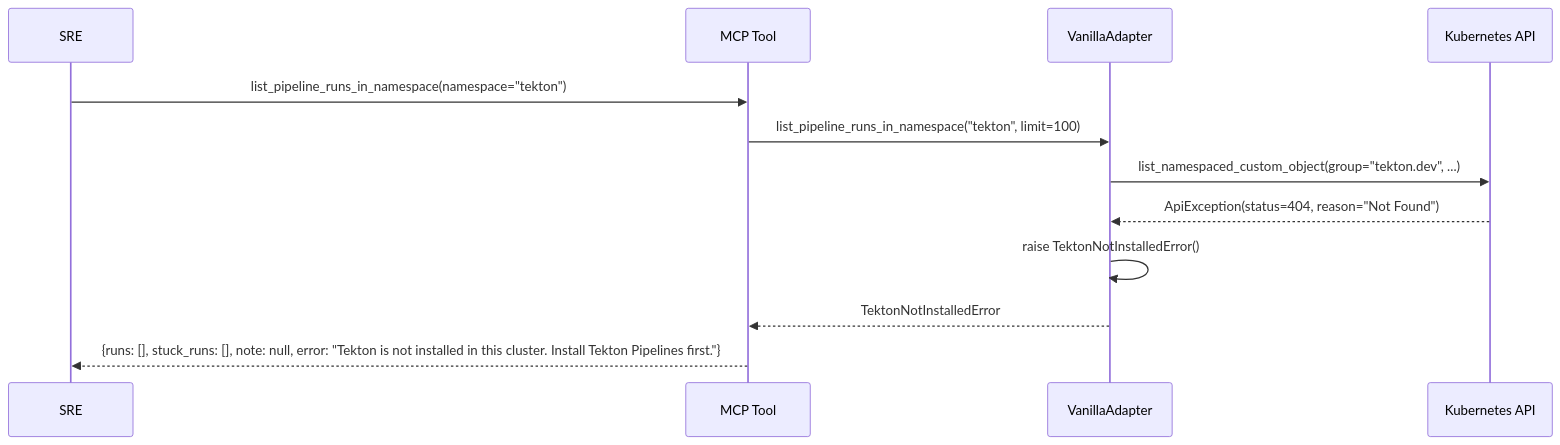
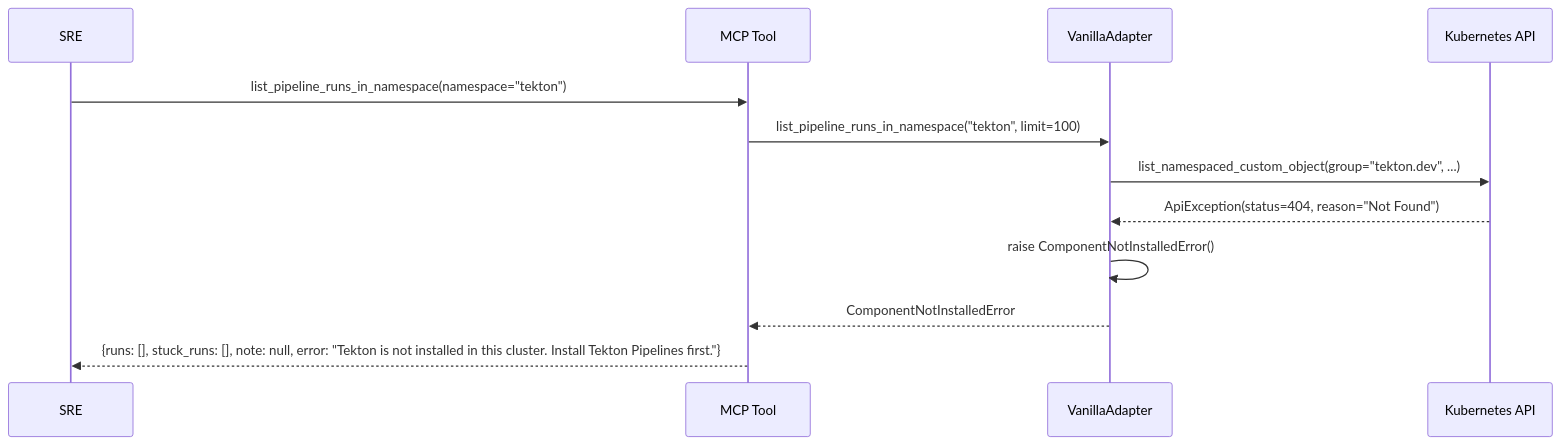
The fifth of 5 diagrams in docs/use-cases/12-list-pipeline-runs-in-namespace.md (hexa-tools/hexawyn), drawn with Mermaid before and after one commit. The commit also changed other lines of this file and 12 other files, not shown here.

````diff
--- a/docs/use-cases/12-list-pipeline-runs-in-namespace.md
+++ b/docs/use-cases/12-list-pipeline-runs-in-namespace.md
@@ -108,15 +108,15 @@
 ```mermaid
 sequenceDiagram
     participant SRE
     participant MCP as MCP Tool
     participant VanillaAdapter
     participant K8sAPI as Kubernetes API
 
     SRE->>MCP: list_pipeline_runs_in_namespace(namespace="tekton")
     MCP->>VanillaAdapter: list_pipeline_runs_in_namespace("tekton", limit=100)
     VanillaAdapter->>K8sAPI: list_namespaced_custom_object(group="tekton.dev", ...)
     K8sAPI-->>VanillaAdapter: ApiException(status=404, reason="Not Found")
-    VanillaAdapter->>VanillaAdapter: raise TektonNotInstalledError()
-    VanillaAdapter-->>MCP: TektonNotInstalledError
+    VanillaAdapter->>VanillaAdapter: raise ComponentNotInstalledError()
+    VanillaAdapter-->>MCP: ComponentNotInstalledError
     MCP-->>SRE: {runs: [], stuck_runs: [], note: null, error: "Tekton is not installed in this cluster. Install Tekton Pipelines first."}
 ```
````
